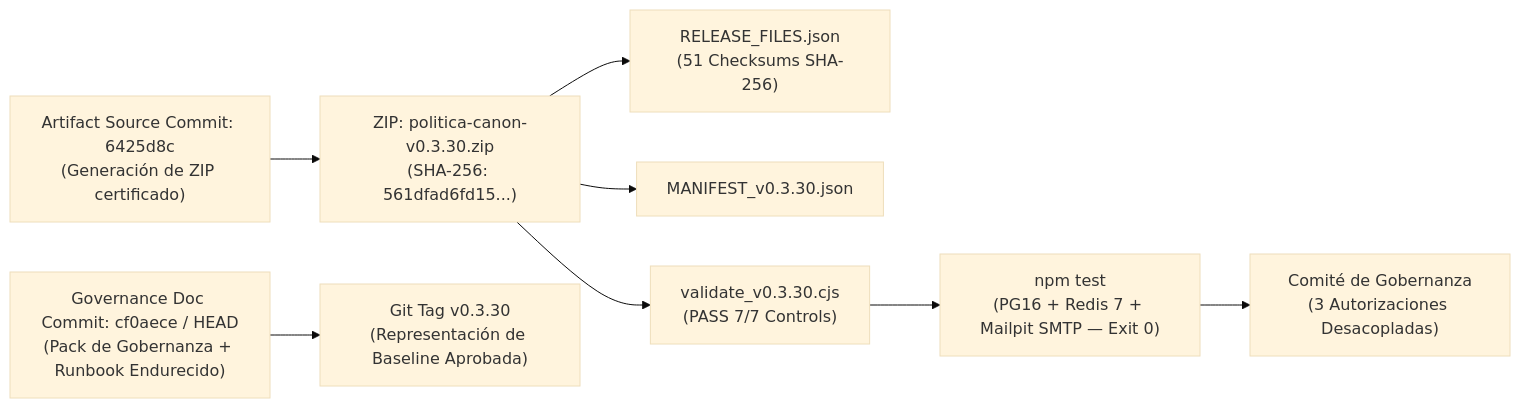
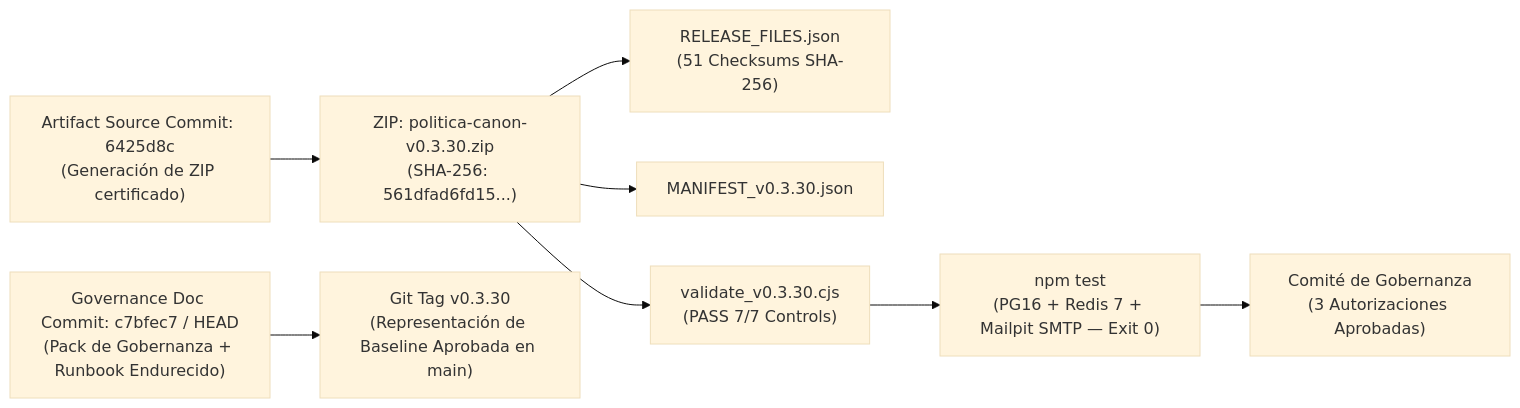
The diagram in GOVERNANCE_APPROVAL_PACK_v0.3.30.md (drleuman/Politico), drawn with Mermaid (base theme) before and after one commit. The commit also changed other lines of this file, not shown here.

Commit message:
docs(governance): record formal Committee approval for Gates 1, 2 and 3 (subject to 10/10 GO)

````diff
--- a/GOVERNANCE_APPROVAL_PACK_v0.3.30.md
+++ b/GOVERNANCE_APPROVAL_PACK_v0.3.30.md
@@ -25,10 +30,10 @@
 ```mermaid
 flowchart LR
     SourceCommit["Artifact Source Commit: 6425d8c\n(Generación de ZIP certificado)"] --> ZIP["ZIP: politica-canon-v0.3.30.zip\n(SHA-256: 561dfad6fd15...)"]
-    DocCommit["Governance Doc Commit: cf0aece / HEAD\n(Pack de Gobernanza + Runbook Endurecido)"] --> Tag["Git Tag v0.3.30\n(Representación de Baseline Aprobada)"]
+    DocCommit["Governance Doc Commit: c7bfec7 / HEAD\n(Pack de Gobernanza + Runbook Endurecido)"] --> Tag["Git Tag v0.3.30\n(Representación de Baseline Aprobada en main)"]
     ZIP --> InternalManifest["RELEASE_FILES.json\n(51 Checksums SHA-256)"]
     ZIP --> ExternalManifest["MANIFEST_v0.3.30.json"]
     ZIP --> Validator["validate_v0.3.30.cjs\n(PASS 7/7 Controls)"]
     Validator --> Gate["npm test\n(PG16 + Redis 7 + Mailpit SMTP — Exit 0)"]
-    Gate --> Decision["Comité de Gobernanza\n(3 Autorizaciones Desacopladas)"]
+    Gate --> Decision["Comité de Gobernanza\n(3 Autorizaciones Aprobadas)"]
 ```
````
